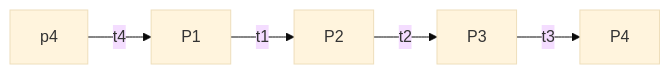
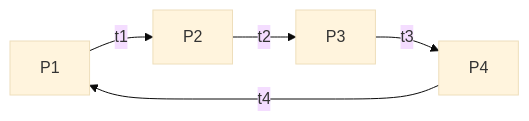
The fourth of 4 diagrams in linux-masterclass/05-processes/README.md (virtual-tech-school/virtual-tech-notes), drawn with Mermaid (base theme) before and after one commit. The commit also changed other lines of this file, not shown here.

````diff
--- a/linux-masterclass/05-processes/README.md
+++ b/linux-masterclass/05-processes/README.md
@@ -72,7 +72,7 @@
 ```mermaid
 flowchart LR
    P1 -->|t1| P2
    P2 -->|t2| P3
    P3 -->|t3| P4
-   p4 -->|t4| P1
+   P4 -->|t4| P1
 ```
````
